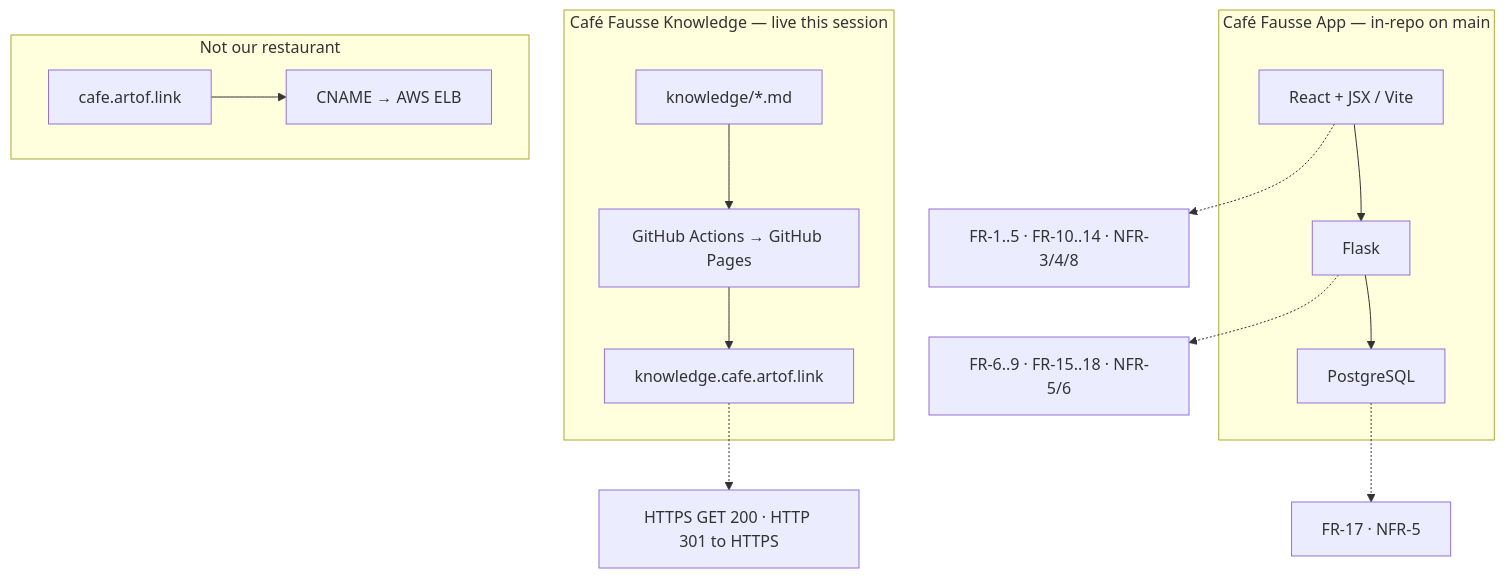
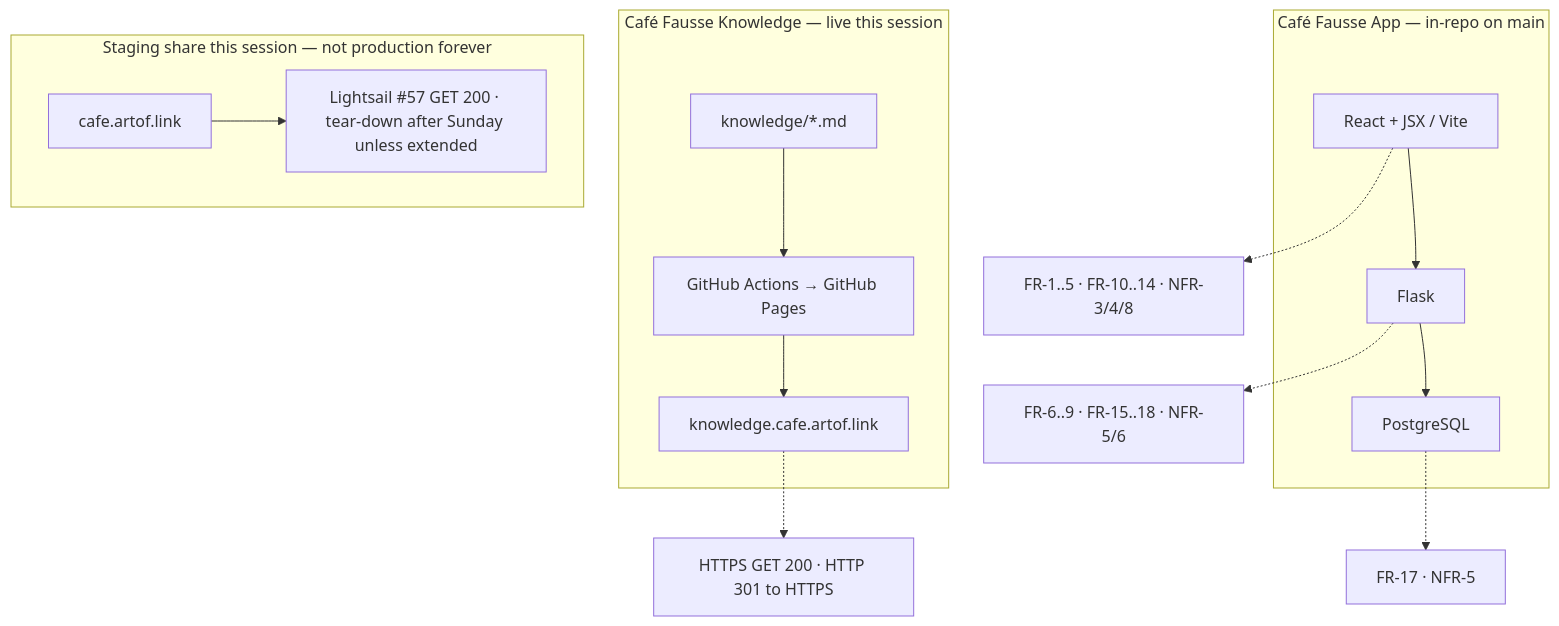
One commit to artofdream/aea-interactive-design changed the second of 3 diagrams in knowledge/presentation.md. Above: the diagram before and after it, drawn with Mermaid. The commit also changed other lines of this file and 11 other files, not shown here.

First line of the commit message:
docs(knowledge): prefer cafe.artof.link live share; demote shaky-deer (#64)

````diff
--- a/knowledge/presentation.md
+++ b/knowledge/presentation.md
@@ -71,18 +71,18 @@
 ```mermaid
 flowchart TB
  subgraph K["Café Fausse Knowledge — live this session"]
  MD["knowledge/*.md"] --> BUILD["GitHub Actions → GitHub Pages"]
  BUILD --> KH["knowledge.cafe.artof.link"]
  end
  subgraph L["Café Fausse App — in-repo on main"]
  RE["React + JSX / Vite"] --> FL["Flask"]
  FL --> DB["PostgreSQL"]
  end
- subgraph N["Not our restaurant"]
- CAFE["cafe.artof.link"] --> ELB["CNAME → AWS ELB"]
+ subgraph N["Staging share this session — not production forever"]
+ CAFE["cafe.artof.link"] --> LS["Lightsail #57 GET 200 · tear-down after Sunday unless extended"]
  end
  KH -.-> OK["HTTPS GET 200 · HTTP 301 to HTTPS"]
  RE -.-> FRUX["FR-1..5 · FR-10..14 · NFR-3/4/8"]
  FL -.-> FRAPI["FR-6..9 · FR-15..18 · NFR-5/6"]
  DB -.-> FRDB["FR-17 · NFR-5"]
 ```
````
